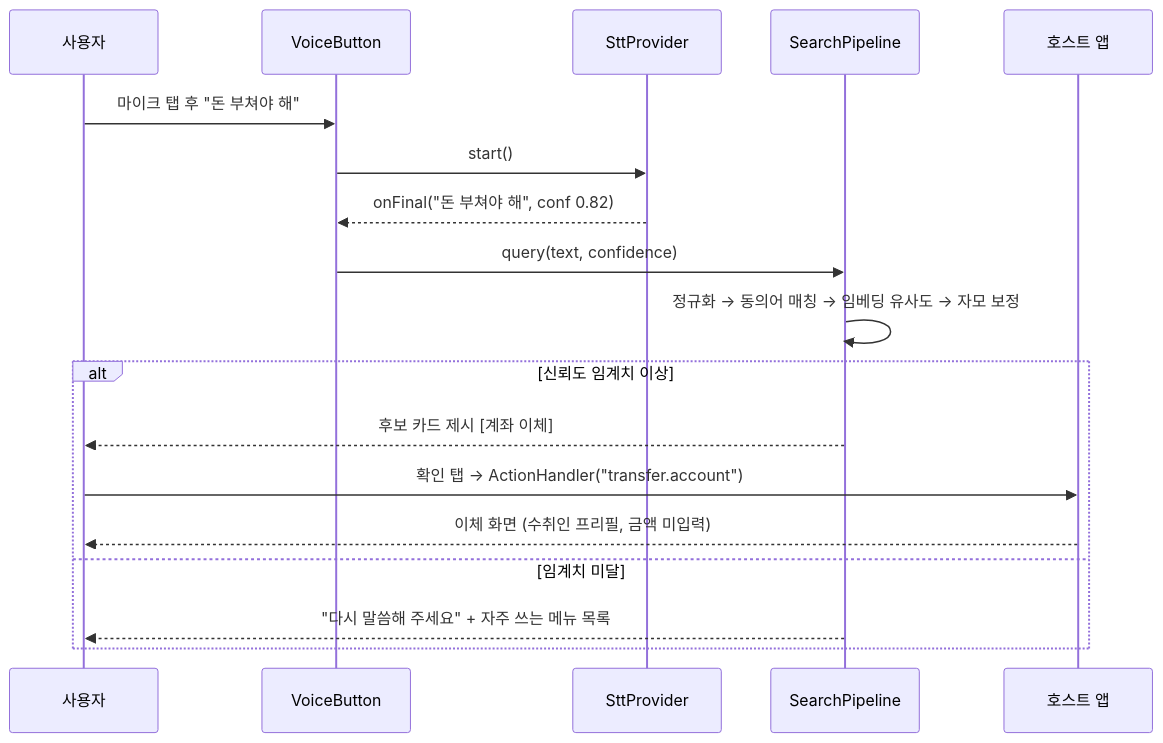
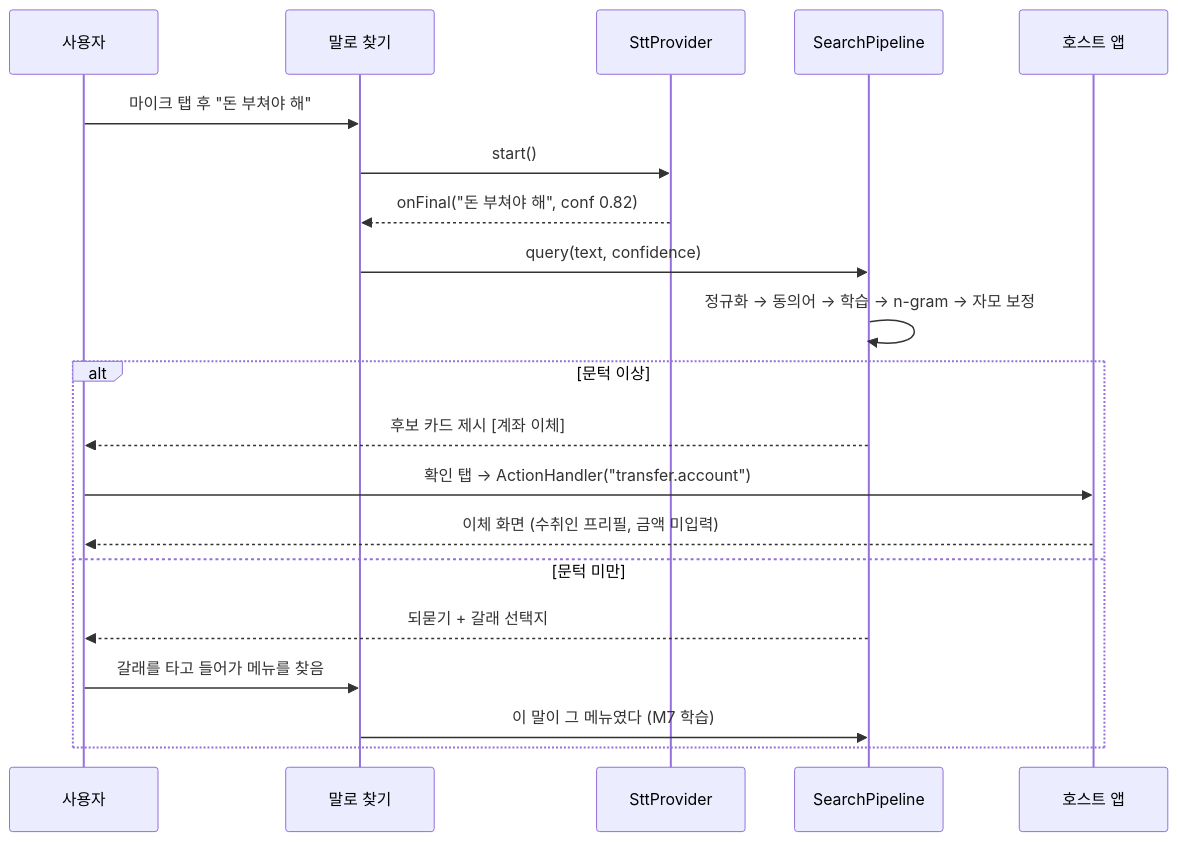
One commit to W1nyu/minUI changed the second of 2 diagrams in docs/기획안.md. Above: the diagram before and after it, drawn with Mermaid. The commit also changed other lines of this file and 6 other files, not shown here.

````diff
--- a/docs/기획안.md
+++ b/docs/기획안.md
@@ -282,21 +354,23 @@
 ```mermaid
 sequenceDiagram
     participant U as 사용자
-    participant V as VoiceButton
+    participant V as 말로 찾기
     participant S as SttProvider
     participant P as SearchPipeline
     participant H as 호스트 앱
 
     U->>V: 마이크 탭 후 "돈 부쳐야 해"
     V->>S: start()
     S-->>V: onFinal("돈 부쳐야 해", conf 0.82)
     V->>P: query(text, confidence)
-    P->>P: 정규화 → 동의어 매칭 → 임베딩 유사도 → 자모 보정
-    alt 신뢰도 임계치 이상
+    P->>P: 정규화 → 동의어 → 학습 → n-gram → 자모 보정
+    alt 문턱 이상
         P-->>U: 후보 카드 제시 [계좌 이체]
         U->>H: 확인 탭 → ActionHandler("transfer.account")
         H-->>U: 이체 화면 (수취인 프리필, 금액 미입력)
-    else 임계치 미달
-        P-->>U: "다시 말씀해 주세요" + 자주 쓰는 메뉴 목록
+    else 문턱 미만
+        P-->>U: 되묻기 + 갈래 선택지
+        U->>V: 갈래를 타고 들어가 메뉴를 찾음
+        V->>P: 이 말이 그 메뉴였다 (M7 학습)
     end
 ```
````
